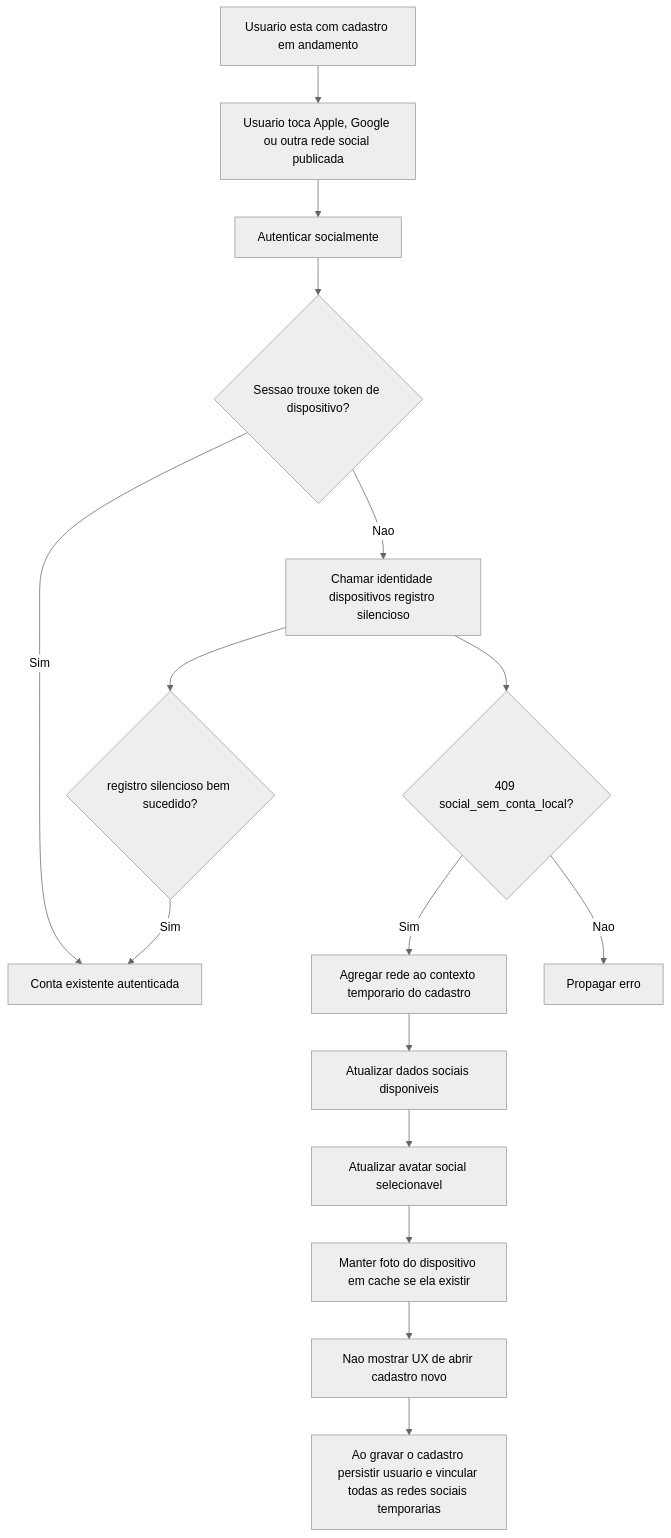
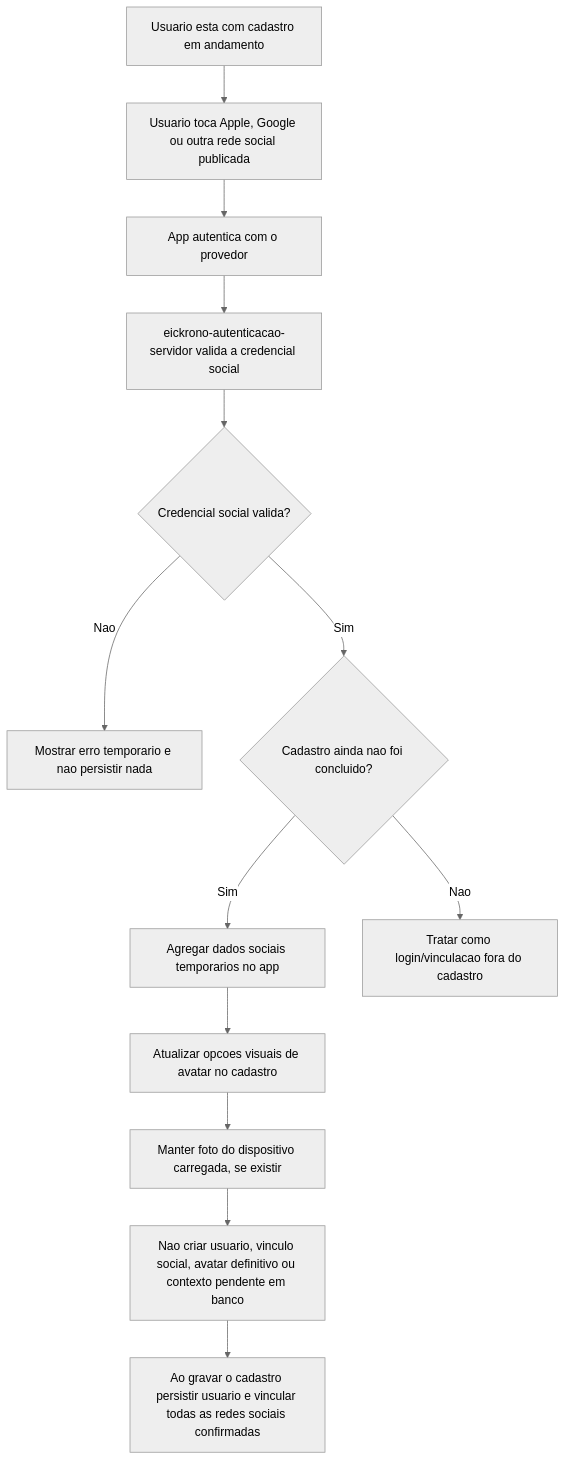
The eighth of 9 diagrams in documentacao/guia_fluxos_login_autenticacao_app.md (pedrosotc/eickrono_autenticacao), drawn with Mermaid (neutral theme) before and after one commit. The commit also changed other lines of this file and 82 other files, not shown here.

First line of the commit message:
Implementa avatar social confirmado e dry run de exclusao

````diff
--- a/documentacao/guia_fluxos_login_autenticacao_app.md
+++ b/documentacao/guia_fluxos_login_autenticacao_app.md
@@ -1199,18 +1153,15 @@
 ```mermaid
 flowchart TD
     A[Usuario esta com cadastro em andamento] --> B[Usuario toca Apple, Google ou outra rede social publicada]
-    B --> C[Autenticar socialmente]
-    C --> D{Sessao trouxe token de dispositivo?}
-    D -- Sim --> E[Conta existente autenticada]
-    D -- Nao --> F[Chamar identidade dispositivos registro silencioso]
-    F --> G{409 social_sem_conta_local?}
-    G -- Sim --> H[Agregar rede ao contexto temporario do cadastro]
-    H --> I[Atualizar dados sociais disponiveis]
-    I --> J[Atualizar avatar social selecionavel]
-    J --> K[Manter foto do dispositivo em cache se ela existir]
-    K --> L[Nao mostrar UX de abrir cadastro novo]
-    G -- Nao --> M[Propagar erro]
-    F --> N{registro silencioso bem sucedido?}
-    N -- Sim --> E
-    L --> O[Ao gravar o cadastro persistir usuario e vincular todas as redes sociais temporarias]
+    B --> C[App autentica com o provedor]
+    C --> D[eickrono-autenticacao-servidor valida a credencial social]
+    D --> E{Credencial social valida?}
+    E -- Nao --> F[Mostrar erro temporario e nao persistir nada]
+    E -- Sim --> G{Cadastro ainda nao foi concluido?}
+    G -- Sim --> H[Agregar dados sociais temporarios no app]
+    H --> I[Atualizar opcoes visuais de avatar no cadastro]
+    I --> J[Manter foto do dispositivo carregada, se existir]
+    J --> K[Nao criar usuario, vinculo social, avatar definitivo ou contexto pendente em banco]
+    K --> L[Ao gravar o cadastro persistir usuario e vincular todas as redes sociais confirmadas]
+    G -- Nao --> M[Tratar como login/vinculacao fora do cadastro]
 ```
````
